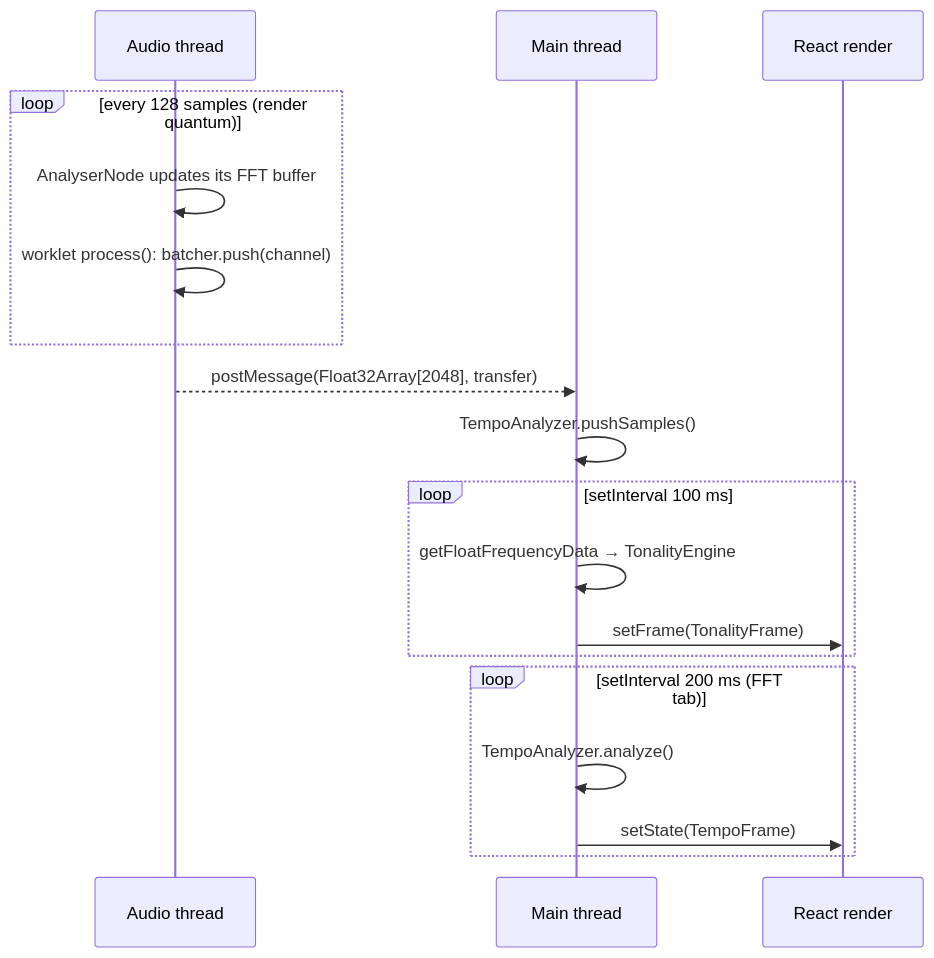
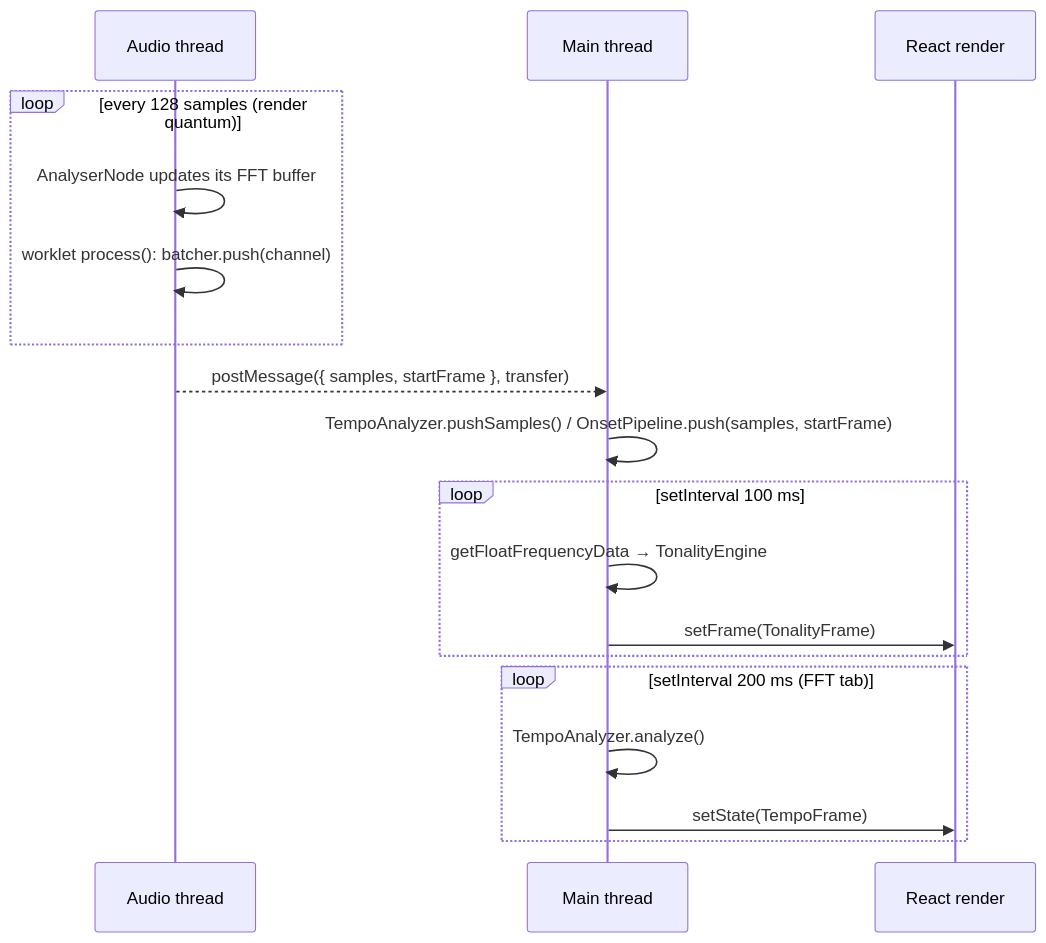
Before and after one commit to Dicdaplon/AudioLab: the fourth of 4 diagrams in docs/ARCHITECTURE.md, drawn with Mermaid. The commit also changed other lines of this file and 8 other files, not shown here.

````diff
--- a/docs/ARCHITECTURE.md
+++ b/docs/ARCHITECTURE.md
@@ -221,21 +247,21 @@
 ```mermaid
 sequenceDiagram
     participant AT as Audio thread
     participant MT as Main thread
     participant R as React render
 
     loop every 128 samples (render quantum)
         AT->>AT: AnalyserNode updates its FFT buffer
         AT->>AT: worklet process(): batcher.push(channel)
     end
-    AT-->>MT: postMessage(Float32Array[2048], transfer)
-    MT->>MT: TempoAnalyzer.pushSamples()
+    AT-->>MT: postMessage({ samples, startFrame }, transfer)
+    MT->>MT: TempoAnalyzer.pushSamples() / OnsetPipeline.push(samples, startFrame)
     loop setInterval 100 ms
         MT->>MT: getFloatFrequencyData → TonalityEngine
         MT->>R: setFrame(TonalityFrame)
     end
     loop setInterval 200 ms (FFT tab)
         MT->>MT: TempoAnalyzer.analyze()
         MT->>R: setState(TempoFrame)
     end
 ```
````
